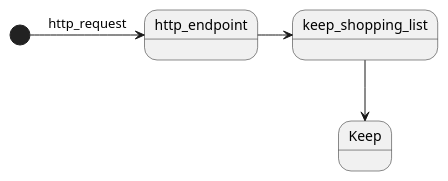
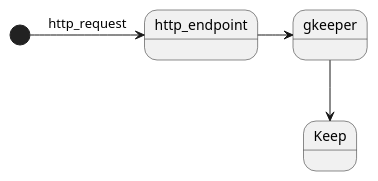
One commit to taketarouex/gkeeper changed the diagram in README.md. Above: the diagram before and after it, drawn with PlantUML. The commit also changed other lines of this file and 11 other files, not shown here.

````diff
--- a/README.md
+++ b/README.md
@@ -10,7 +12,7 @@
 ```plantuml
 @startuml
 [*] -> http_endpoint : http_request
-http_endpoint -> keep_shopping_list
-keep_shopping_list --> Keep
+http_endpoint -> gkeeper
+gkeeper --> Keep
 @enduml
 ```
````
